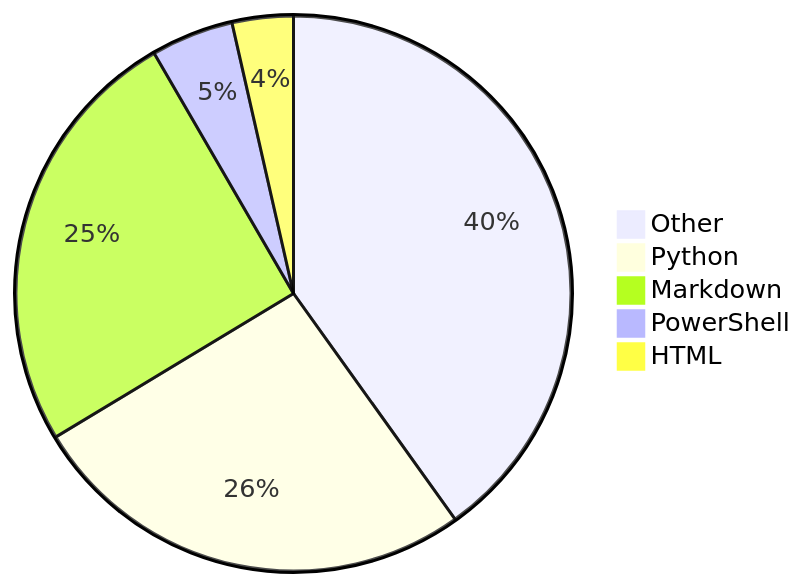
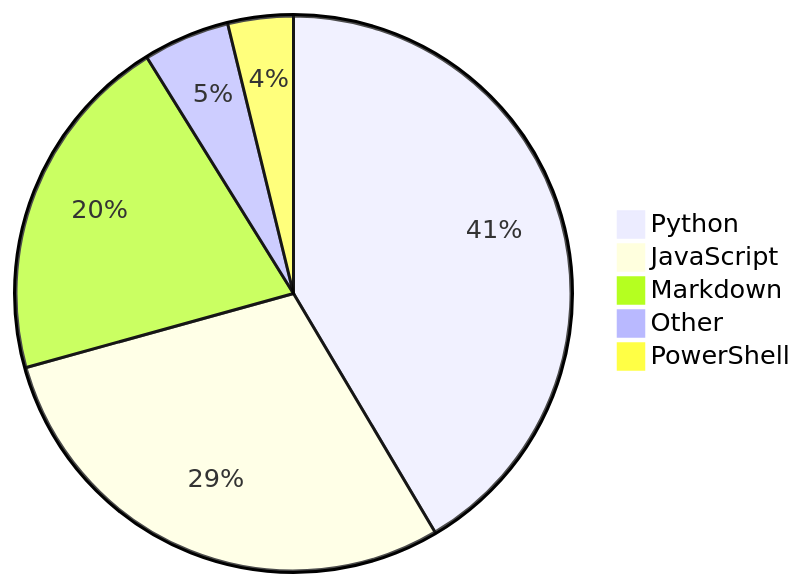
Before and after one commit to Alicia111/alicia111: the diagram in README.md, drawn with Mermaid.

Commit message:
Update WakaTime stats (・ω・)b

````diff
--- a/README.md
+++ b/README.md
@@ -32,8 +32,8 @@
 ```mermaid
 pie
-    "Other" : 39.24
-    "Python" : 25.67
-    "Markdown" : 24.73
-    "PowerShell" : 4.7
-    "HTML" : 3.48
+    "Python" : 39.3
+    "JavaScript" : 27.69
+    "Markdown" : 19.38
+    "Other" : 4.77
+    "PowerShell" : 3.61
 ```
````
